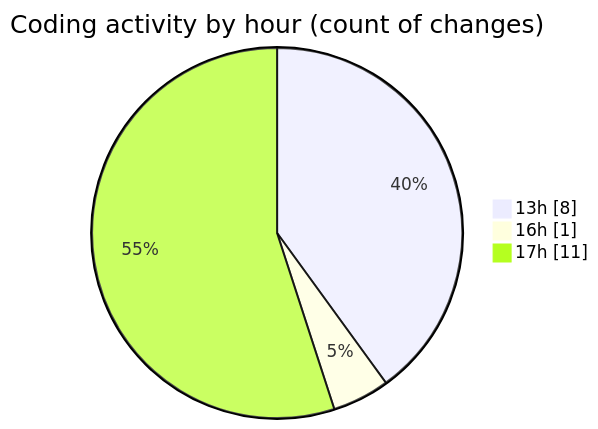
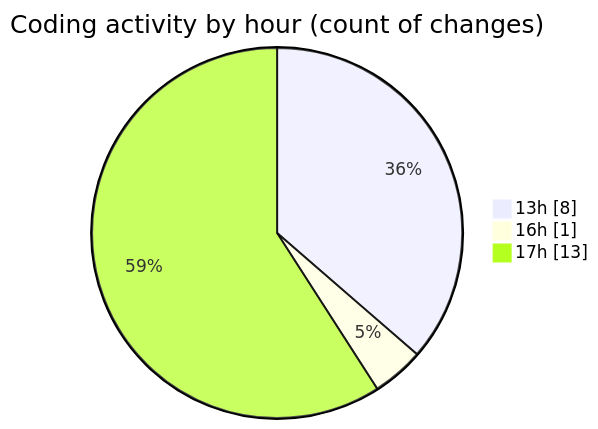
Before and after one commit to EIIisD/code-tracking: the second of 2 diagrams in 2025-08-24/chatgpt-extension/README.md, drawn with Mermaid. The commit also changed other lines of this file and 1 other file, not shown here.

````diff
--- a/2025-08-24/chatgpt-extension/README.md
+++ b/2025-08-24/chatgpt-extension/README.md
@@ -34,7 +34,7 @@
 ```mermaid
 pie showData
 title Coding activity by hour (count of changes)
 "13h" : 8
 "16h" : 1
-"17h" : 11
+"17h" : 13
 ```
````
